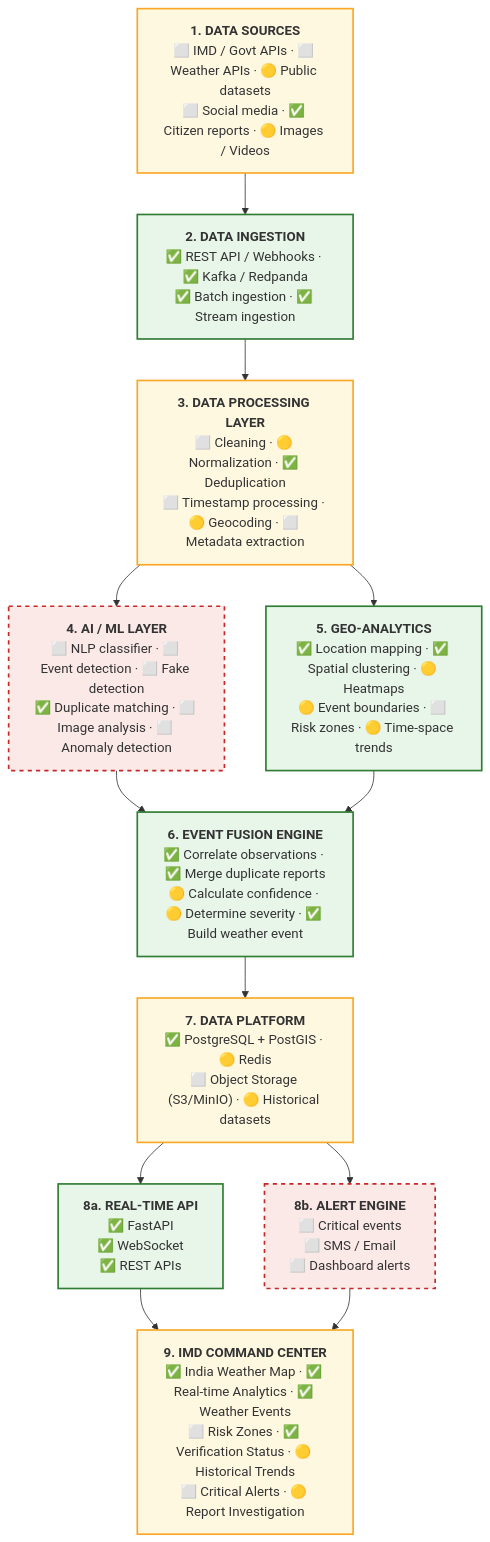
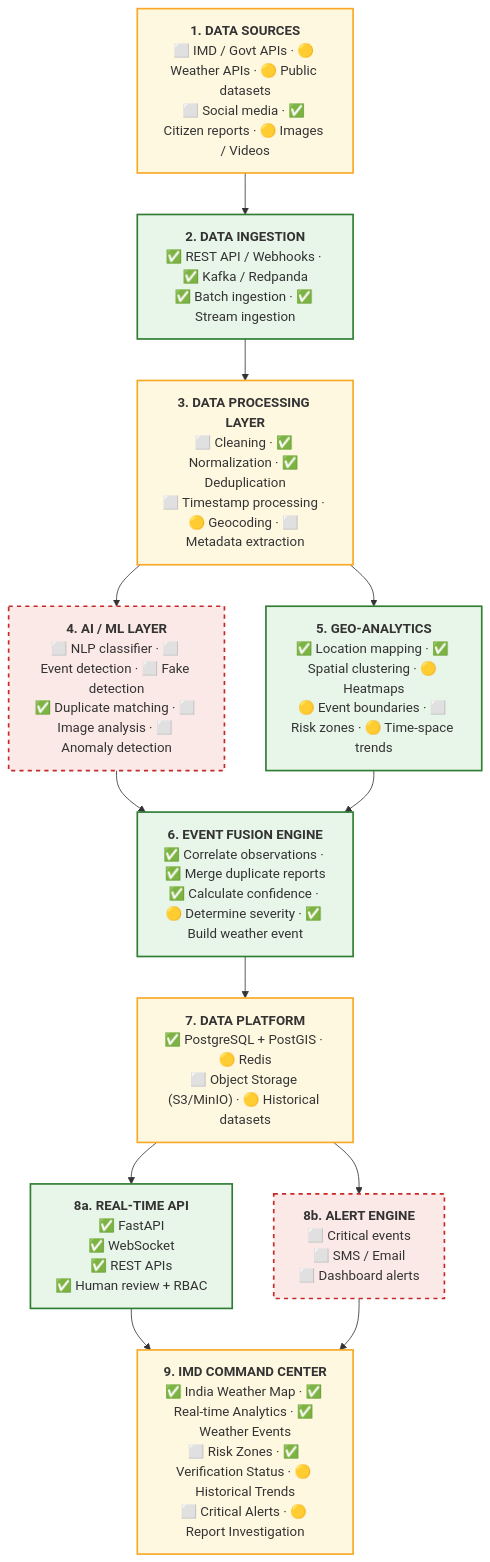
One commit to SabaSaiid/INDRA changed the second of 2 diagrams in README.md. Above: the diagram before and after it, drawn with Mermaid. The commit also changed other lines of this file and 4 other files, not shown here.

````diff
--- a/README.md
+++ b/README.md
@@ -203,32 +215,32 @@
 ```mermaid
 flowchart TD
-    L1["<b>1. DATA SOURCES</b><br/>⬜ IMD / Govt APIs · ⬜ Weather APIs · 🟡 Public datasets<br/>⬜ Social media · ✅ Citizen reports · 🟡 Images / Videos"]
+    L1["<b>1. DATA SOURCES</b><br/>⬜ IMD / Govt APIs · 🟡 Weather APIs · 🟡 Public datasets<br/>⬜ Social media · ✅ Citizen reports · 🟡 Images / Videos"]
     L2["<b>2. DATA INGESTION</b><br/>✅ REST API / Webhooks · ✅ Kafka / Redpanda<br/>✅ Batch ingestion · ✅ Stream ingestion"]
-    L3["<b>3. DATA PROCESSING LAYER</b><br/>⬜ Cleaning · 🟡 Normalization · ✅ Deduplication<br/>⬜ Timestamp processing · 🟡 Geocoding · ⬜ Metadata extraction"]
+    L3["<b>3. DATA PROCESSING LAYER</b><br/>⬜ Cleaning · ✅ Normalization · ✅ Deduplication<br/>⬜ Timestamp processing · 🟡 Geocoding · ⬜ Metadata extraction"]
     L4["<b>4. AI / ML LAYER</b><br/>⬜ NLP classifier · ⬜ Event detection · ⬜ Fake detection<br/>✅ Duplicate matching · ⬜ Image analysis · ⬜ Anomaly detection"]
     L5["<b>5. GEO-ANALYTICS</b><br/>✅ Location mapping · ✅ Spatial clustering · 🟡 Heatmaps<br/>🟡 Event boundaries · ⬜ Risk zones · 🟡 Time-space trends"]
-    L6["<b>6. EVENT FUSION ENGINE</b><br/>✅ Correlate observations · ✅ Merge duplicate reports<br/>🟡 Calculate confidence · 🟡 Determine severity · ✅ Build weather event"]
+    L6["<b>6. EVENT FUSION ENGINE</b><br/>✅ Correlate observations · ✅ Merge duplicate reports<br/>✅ Calculate confidence · 🟡 Determine severity · ✅ Build weather event"]
     L7["<b>7. DATA PLATFORM</b><br/>✅ PostgreSQL + PostGIS · 🟡 Redis<br/>⬜ Object Storage (S3/MinIO) · 🟡 Historical datasets"]
-    L8A["<b>8a. REAL-TIME API</b><br/>✅ FastAPI<br/>✅ WebSocket<br/>✅ REST APIs"]
+    L8A["<b>8a. REAL-TIME API</b><br/>✅ FastAPI<br/>✅ WebSocket<br/>✅ REST APIs<br/>✅ Human review + RBAC"]
     L8B["<b>8b. ALERT ENGINE</b><br/>⬜ Critical events<br/>⬜ SMS / Email<br/>⬜ Dashboard alerts"]
     L9["<b>9. IMD COMMAND CENTER</b><br/>✅ India Weather Map · ✅ Real-time Analytics · ✅ Weather Events<br/>⬜ Risk Zones · ✅ Verification Status · 🟡 Historical Trends<br/>⬜ Critical Alerts · 🟡 Report Investigation"]
 
     L1 --> L2 --> L3
     L3 --> L4
     L3 --> L5
     L4 --> L6
     L5 --> L6
     L6 --> L7
     L7 --> L8A
     L7 --> L8B
     L8A --> L9
     L8B --> L9
 
     classDef built fill:#e8f5e9,stroke:#2e7d32,stroke-width:2px;
     classDef partial fill:#fff8e1,stroke:#f9a825,stroke-width:2px;
     classDef absent fill:#fbe9e7,stroke:#c62828,stroke-dasharray: 5 5,stroke-width:2px;
 
     class L2,L5,L6,L8A built;
     class L1,L3,L7,L9 partial;
     class L4,L8B absent;
 ```
````
